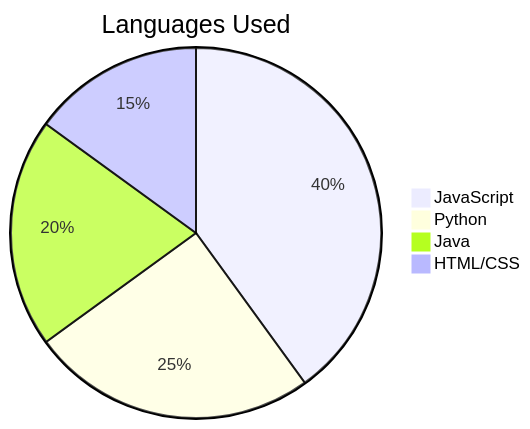
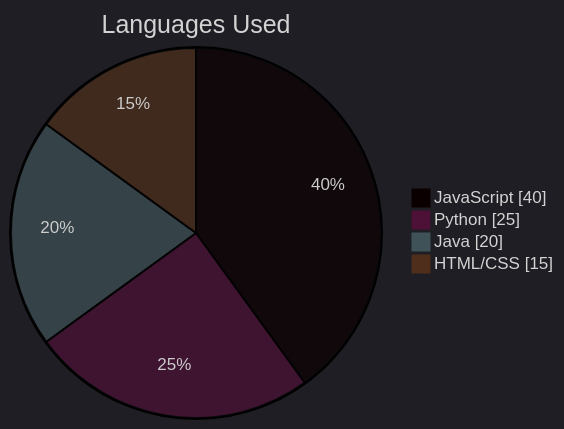
One commit to udithanayanajith/udithanayanajith changed the second of 3 diagrams in README.md. Above: the diagram before and after it, drawn with Mermaid. The commit also changed other lines of this file, not shown here.

````diff
--- a/README.md
+++ b/README.md
@@ -38,7 +39,9 @@
 ```mermaid
-pie title Languages Used
+%%{init: {'theme': 'dark'}}%%
+pie showData
+    title Languages Used
     "JavaScript" : 40
     "Python" : 25
     "Java" : 20
     "HTML/CSS" : 15
 ```
````
